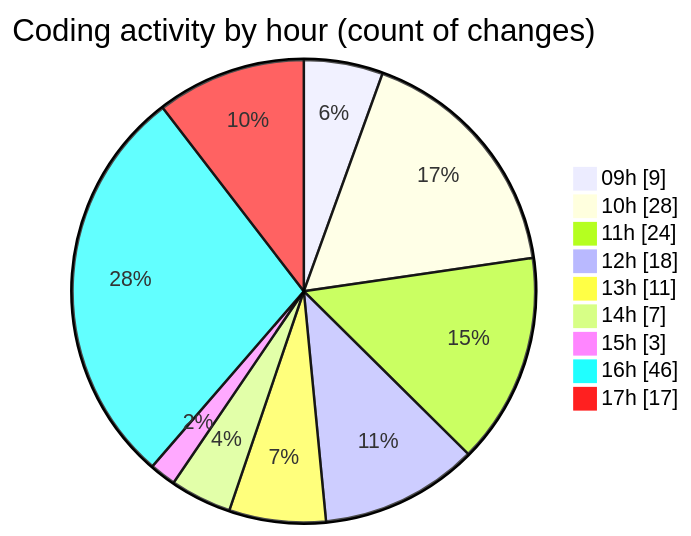
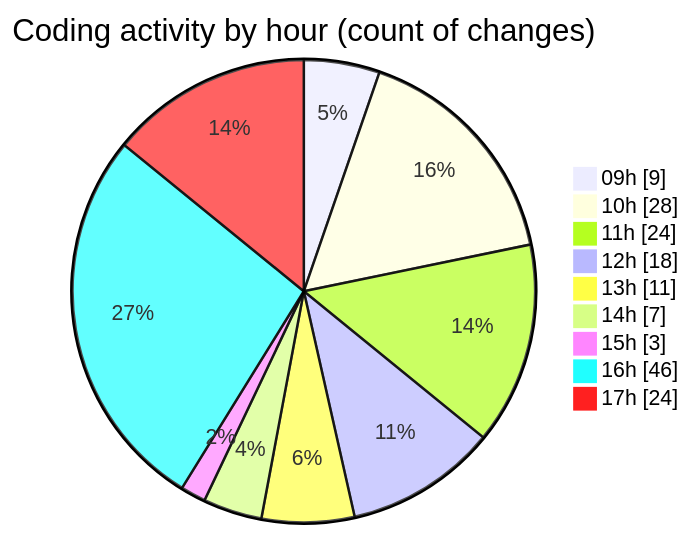
The second of 2 diagrams in 2025-09-18/cda/README.md (momahboobian/code-tracking), drawn with Mermaid before and after one commit. The commit also changed other lines of this file and 1 other file, not shown here.

````diff
--- a/2025-09-18/cda/README.md
+++ b/2025-09-18/cda/README.md
@@ -41,13 +41,13 @@
 ```mermaid
 pie showData
 title Coding activity by hour (count of changes)
 "09h" : 9
 "10h" : 28
 "11h" : 24
 "12h" : 18
 "13h" : 11
 "14h" : 7
 "15h" : 3
 "16h" : 46
-"17h" : 17
+"17h" : 24
 ```
````
